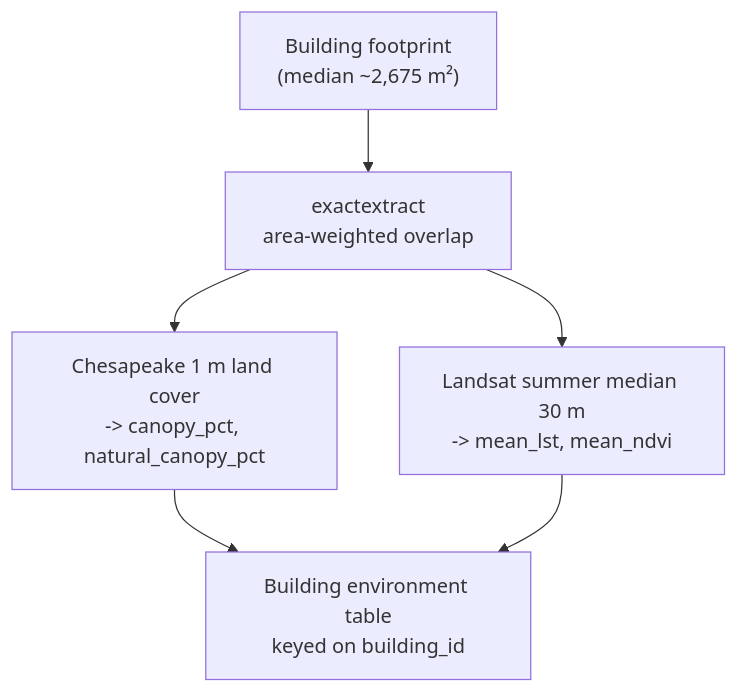
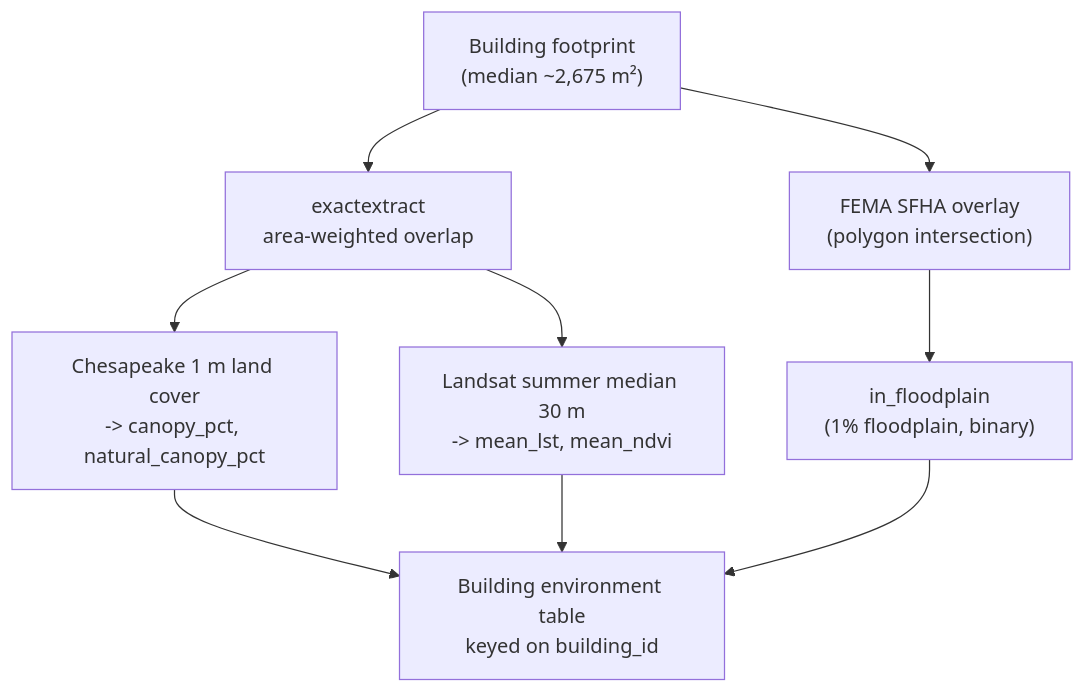
Before and after one commit to alibishokputov/green-gap-affordable-housing: the tenth of 10 diagrams in data-methods.qmd, drawn with Mermaid. The commit also changed other lines of this file and 4 other files, not shown here.

````diff
--- a/data-methods.qmd
+++ b/data-methods.qmd
@@ -387,8 +387,11 @@
 ```{mermaid}
 flowchart TD
   A["Building footprint<br/>(median ~2,675 m²)"] --> B["exactextract<br/>area-weighted overlap"]
+  A --> F["FEMA SFHA overlay<br/>(polygon intersection)"]
   B --> C["Chesapeake 1 m land cover<br/>-> canopy_pct, natural_canopy_pct"]
   B --> D["Landsat summer median 30 m<br/>-> mean_lst, mean_ndvi"]
   C --> E["Building environment table<br/>keyed on building_id"]
   D --> E
+  F --> G["in_floodplain<br/>(1% floodplain, binary)"]
+  G --> E
 ```
````
